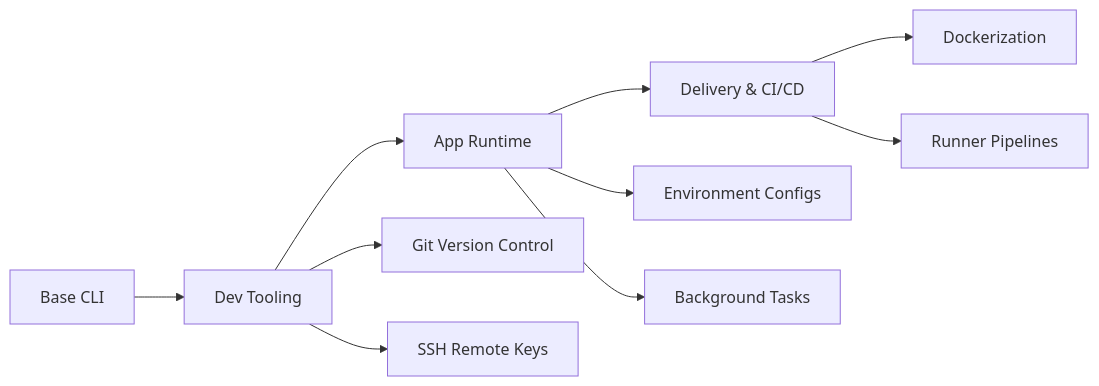
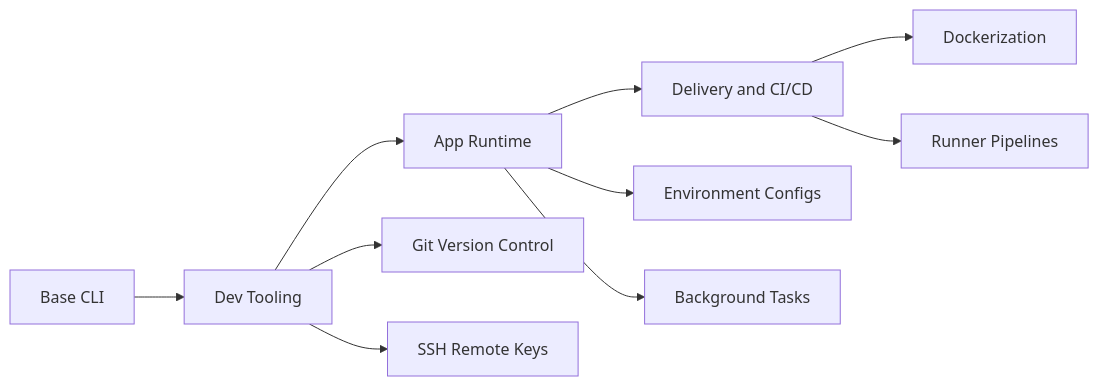
One commit to Harshajaya13/Foss-Club changed the fourth of 7 diagrams in 02 - Building Your Foundation/01 - The Roadmap.md. Above: the diagram before and after it, drawn with Mermaid. The commit also changed other lines of this file and 3 other files, not shown here.

Commit message:
fix raw ampersands in Mermaid and link contributing guide prominently in README

````diff
--- a/02 - Building Your Foundation/01 - The Roadmap.md
+++ b/02 - Building Your Foundation/01 - The Roadmap.md
@@ -115,15 +115,15 @@
 ```mermaid
 graph LR
     Base["Base CLI"] --> Tools["Dev Tooling"]
     Tools --> Runtime["App Runtime"]
-    Runtime --> CI["Delivery & CI/CD"]
+    Runtime --> CI["Delivery and CI/CD"]
     
     Tools --> Git["Git Version Control"]
     Tools --> SSH["SSH Remote Keys"]
     
     Runtime --> EnvVars["Environment Configs"]
     Runtime --> Process["Background Tasks"]
     
     CI --> Containers["Dockerization"]
     CI --> Pipelines["Runner Pipelines"]
 ```
````
